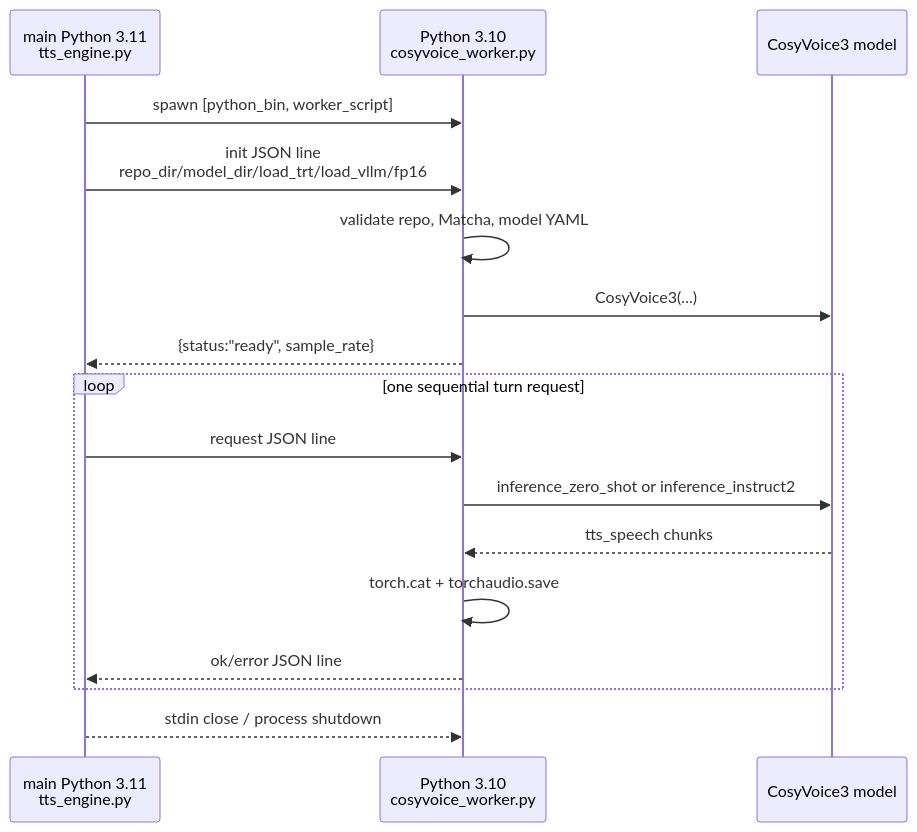
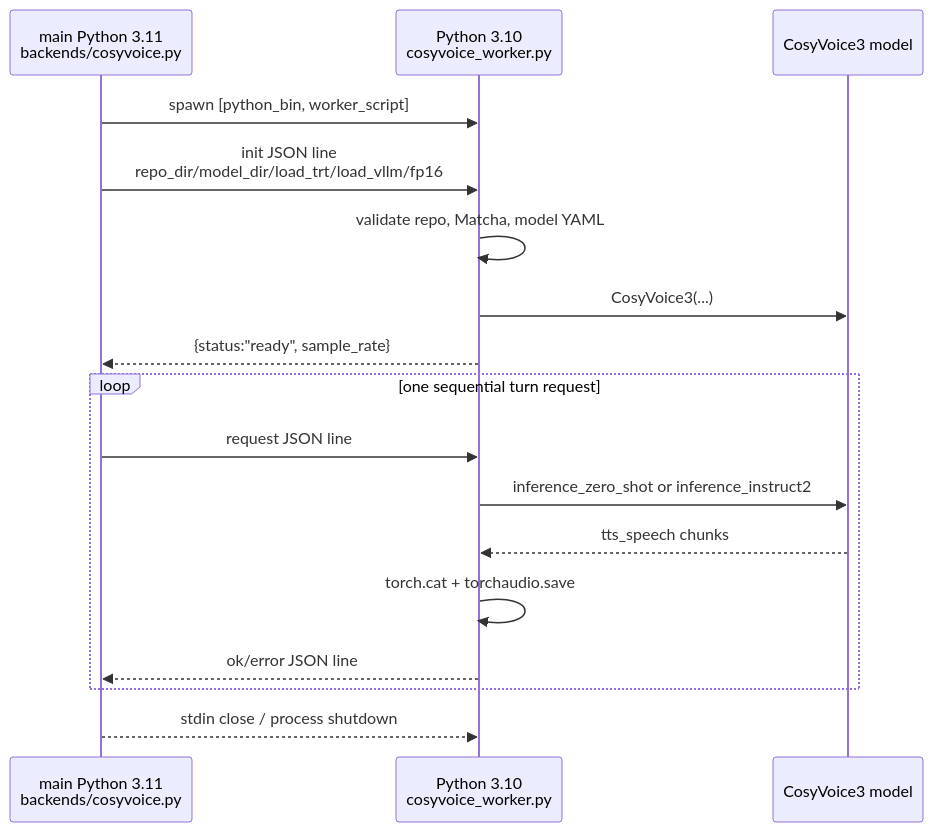
Before and after one commit to Li-PengSheng/5703tts: the third of 6 diagrams in docs/PROJECT_WALKTHROUGH_CN.md, drawn with Mermaid. The commit also changed other lines of this file and 19 other files, not shown here.

````diff
--- a/docs/PROJECT_WALKTHROUGH_CN.md
+++ b/docs/PROJECT_WALKTHROUGH_CN.md
@@ -378,20 +380,20 @@
 ```mermaid
 sequenceDiagram
-    participant M as main Python 3.11<br/>tts_engine.py
+    participant M as main Python 3.11<br/>backends/cosyvoice.py
     participant W as Python 3.10<br/>cosyvoice_worker.py
     participant CV as CosyVoice3 model
 
     M->>W: spawn [python_bin, worker_script]
     M->>W: init JSON line<br/>repo_dir/model_dir/load_trt/load_vllm/fp16
     W->>W: validate repo, Matcha, model YAML
     W->>CV: CosyVoice3(...)
     W-->>M: {status:"ready", sample_rate}
     loop one sequential turn request
         M->>W: request JSON line
         W->>CV: inference_zero_shot or inference_instruct2
         CV-->>W: tts_speech chunks
         W->>W: torch.cat + torchaudio.save
         W-->>M: ok/error JSON line
     end
     M-->>W: stdin close / process shutdown
 ```
````
